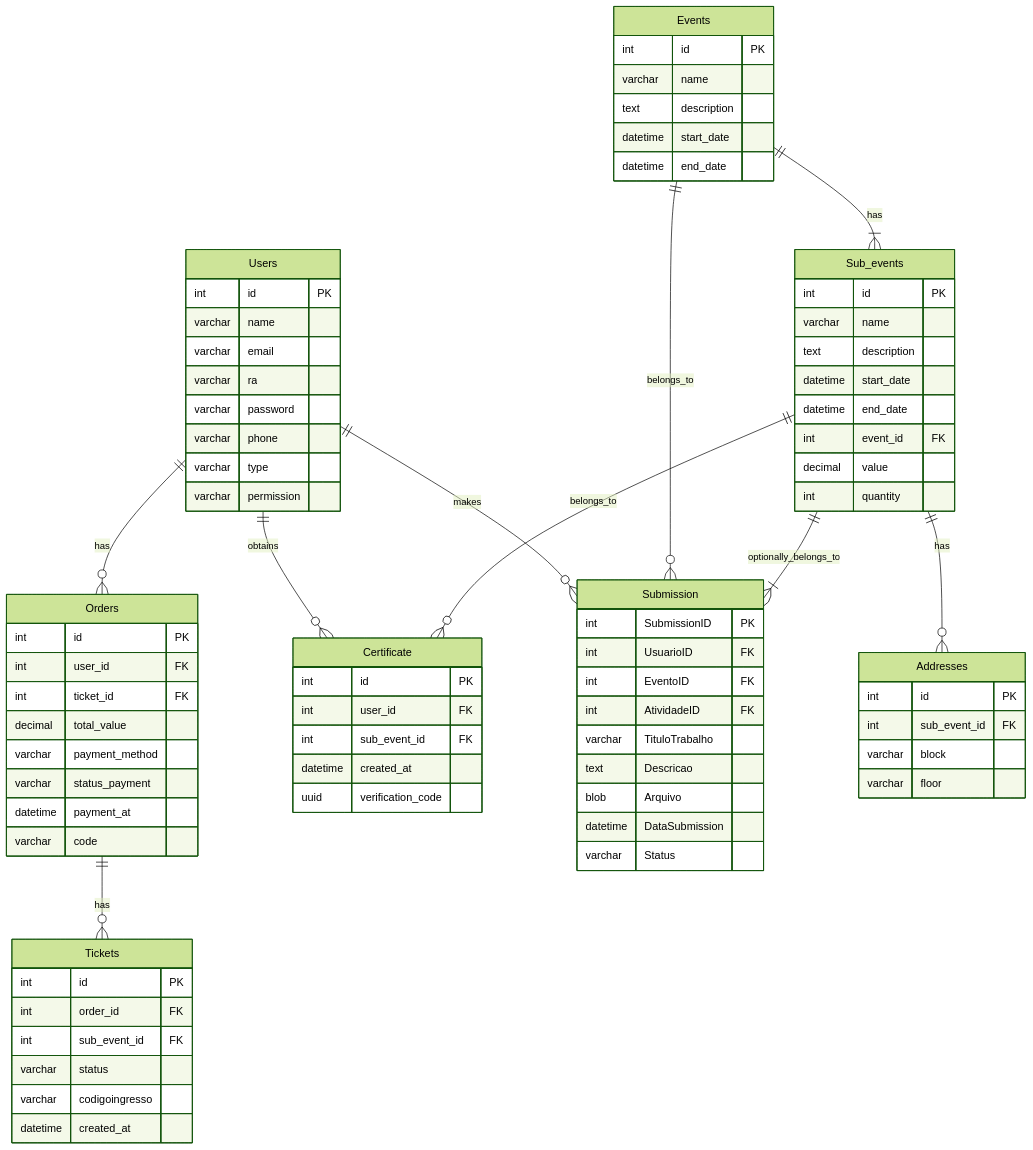
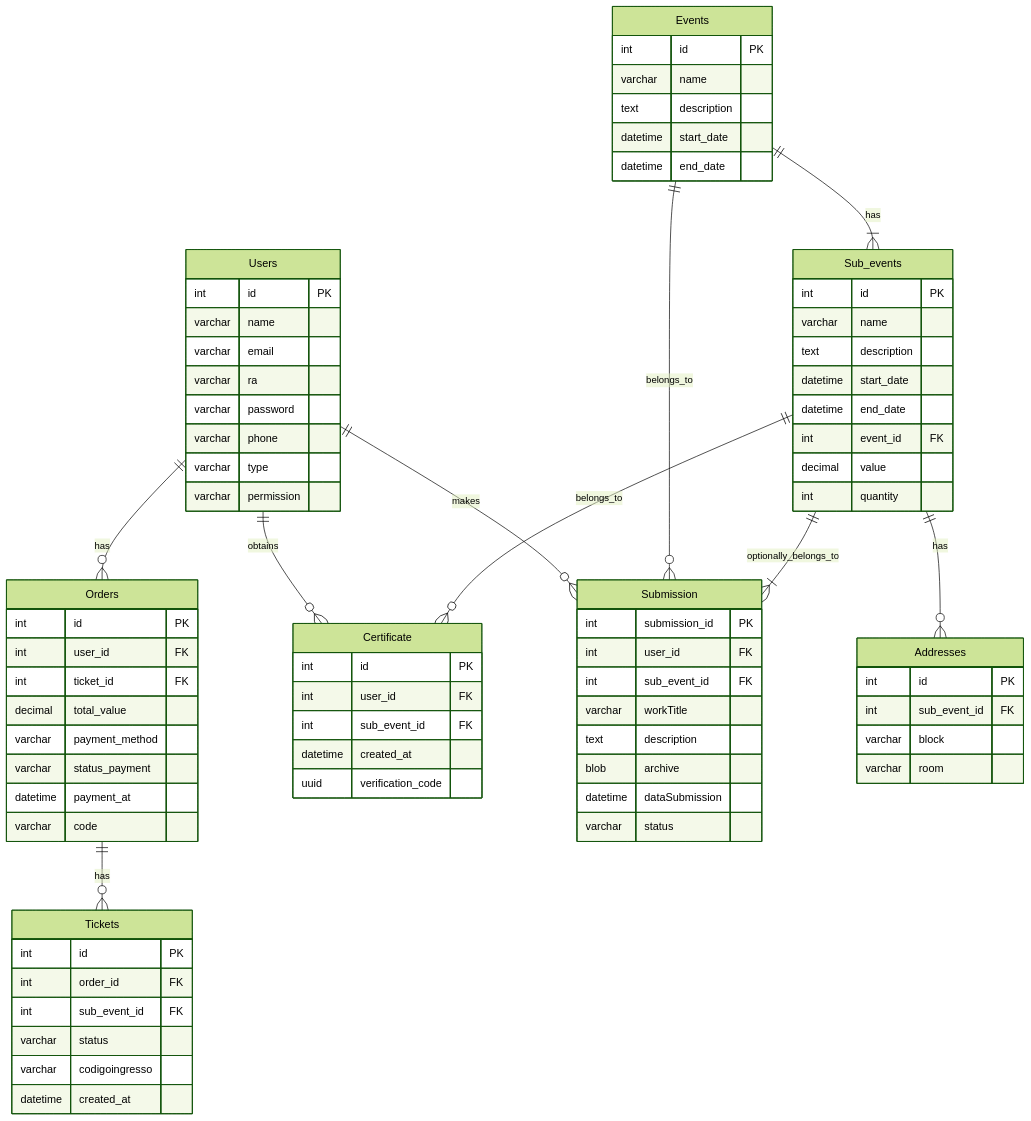
One commit to larialbu/unicap-events-backend changed the diagram in docs/er-diagram.mmd. Above: the diagram before and after it, drawn with Mermaid (forest theme).

Commit message:
fix: correção tabela de modelo ER

```diff
--- a/docs/er-diagram.mmd
+++ b/docs/er-diagram.mmd
@@ -1,87 +1,86 @@
 erDiagram
     Users ||--o{ Orders : has
     Orders ||--o{ Tickets : has
     Users ||--o{ Certificate : obtains
     Sub_events ||--o{ Certificate : belongs_to
     Users ||--o{ Submission : makes
     Events ||--o{ Submission : belongs_to
     Sub_events ||--|{ Submission : optionally_belongs_to
     Events ||--|{ Sub_events : has
     Sub_events ||--o{ Addresses : has
 
     Users {
         int id PK
         varchar name
         varchar email
         varchar ra
         varchar password
         varchar phone
         varchar type
         varchar permission
     }
 
     Orders {
         int id PK
         int user_id FK
         int ticket_id FK
         decimal total_value
         varchar payment_method
         varchar status_payment
         datetime payment_at
         varchar code
     }
 
     Tickets {
         int id PK
         int order_id FK
         int sub_event_id FK 
         varchar status
         varchar codigoingresso
         datetime created_at
     }
 
     Certificate {
         int id PK
         int user_id FK
         int sub_event_id FK
         datetime created_at
         uuid verification_code
     }
 
     Submission {
-        int SubmissionID PK
-        int UsuarioID FK
-        int EventoID FK
-        int AtividadeID FK
-        varchar TituloTrabalho
-        text Descricao
-        blob Arquivo
-        datetime DataSubmission
-        varchar Status
+        int submission_id PK
+        int user_id FK
+        int sub_event_id FK
+        varchar workTitle
+        text description
+        blob archive
+        datetime dataSubmission
+        varchar status
     }
 
     Events {
         int id PK
         varchar name
         text description
         datetime start_date
         datetime end_date
     }
 
     Sub_events {
         int id PK
         varchar name
         text description
         datetime start_date
         datetime end_date
         int event_id FK
         decimal value
         int quantity
     }
 
     Addresses {
         int id PK
         int sub_event_id FK
         varchar block
-        varchar floor
+        varchar room
     }
```
